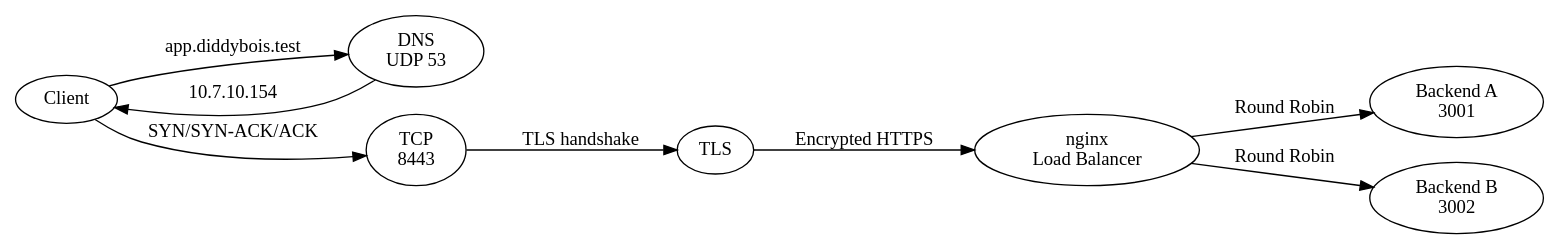
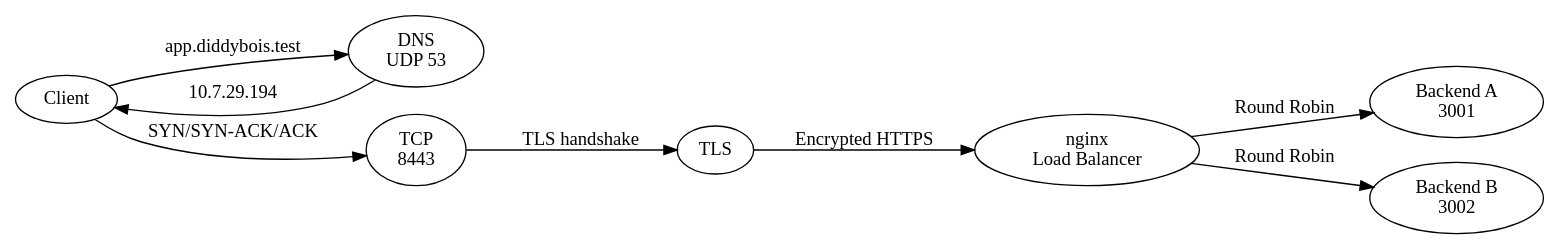
Before and after one commit to OnlineBunker/cn-project: the diagram in docs/request_flow.dot, drawn with Graphviz. The commit also changed 3 other files, not shown here.

Commit message:
Fix diagram IPs (Phase 2 edge 10.7.29.194) and regenerate PNGs

```diff
--- a/docs/request_flow.dot
+++ b/docs/request_flow.dot
@@ -1,19 +1,19 @@
 digraph G {
   rankdir=LR;
 
   C [label="Client"];
   D [label="DNS\nUDP 53"];
   T [label="TCP\n8443"];
   TLS [label="TLS"];
   N [label="nginx\nLoad Balancer"];
   A [label="Backend A\n3001"];
   B [label="Backend B\n3002"];
 
   C -> D [label="app.diddybois.test"];
-  D -> C [label="10.7.10.154"];
+  D -> C [label="10.7.29.194"];
   C -> T [label="SYN/SYN-ACK/ACK"];
   T -> TLS [label="TLS handshake"];
   TLS -> N [label="Encrypted HTTPS"];
   N -> A [label="Round Robin"];
   N -> B [label="Round Robin"];
 }
```
